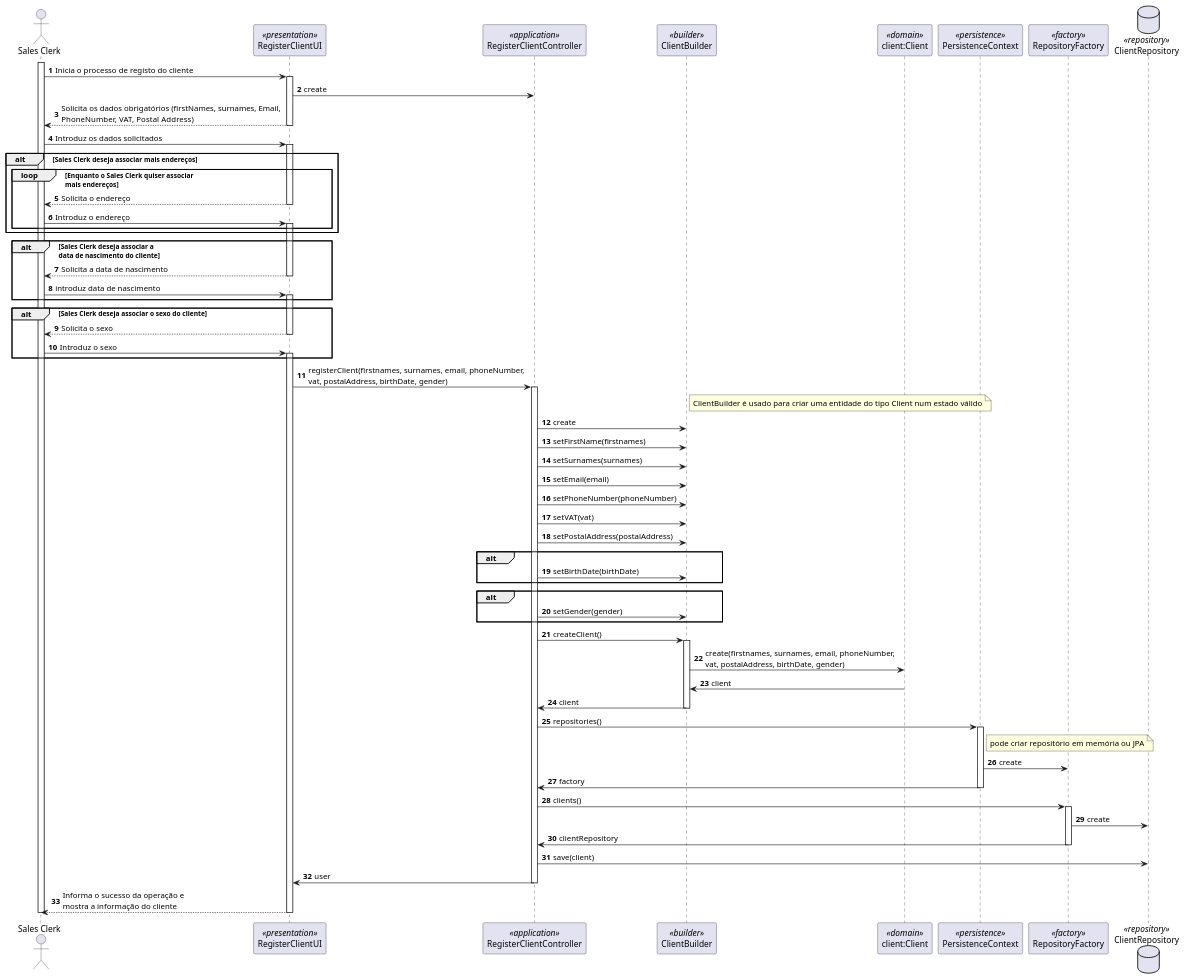
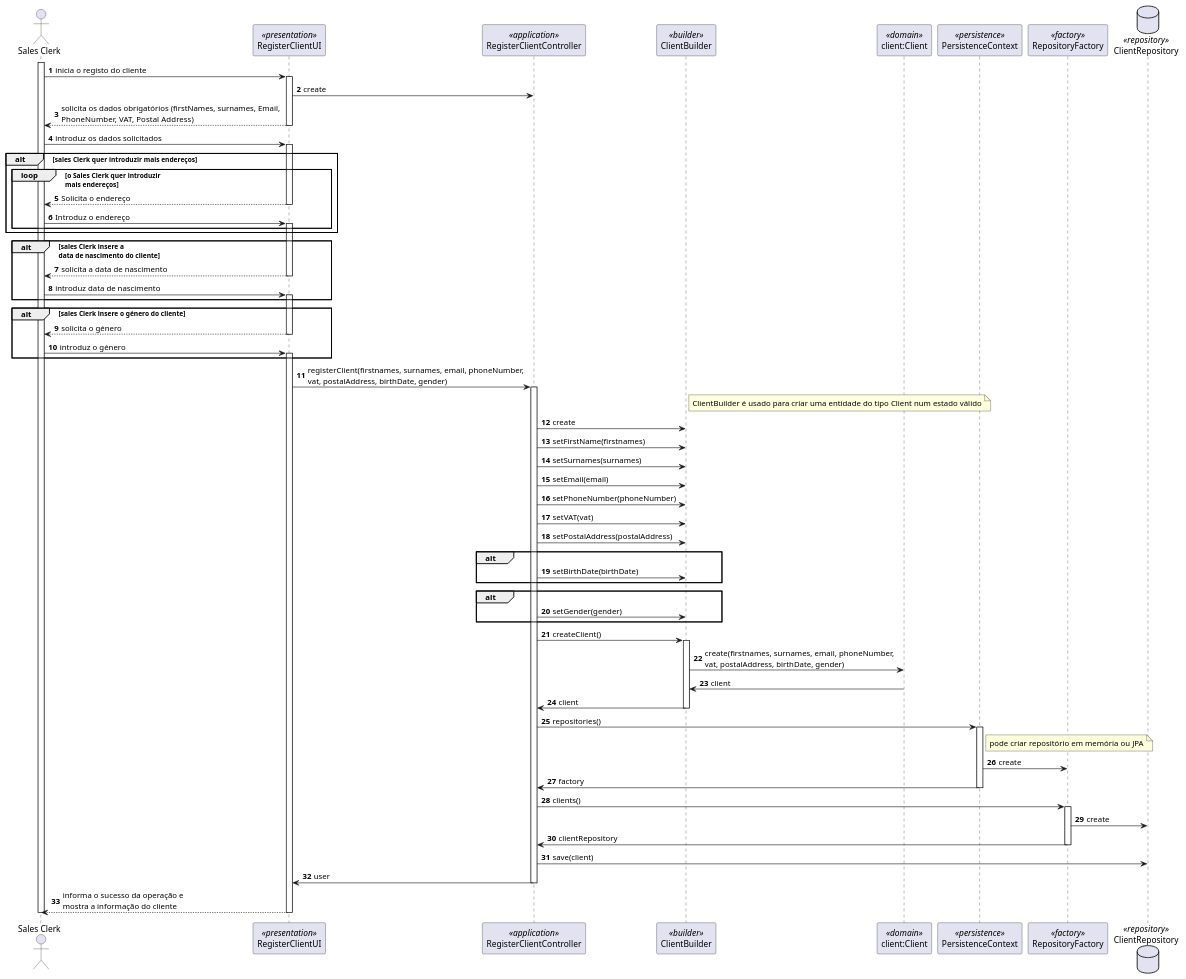
Before and after one commit to ana-albergaria/LAPR4-ISEP: the diagram in docs/1201518/US1003/SD_RegisterClient.puml, drawn with PlantUML. The commit also changed 7 other files, not shown here.

Commit message:
issue #4 - updating diagrams

```diff
--- a/docs/1201518/US1003/SD_RegisterClient.puml
+++ b/docs/1201518/US1003/SD_RegisterClient.puml
@@ -1,89 +1,89 @@
 @startuml
 
 autonumber
 actor "Sales Clerk" as SC
 participant RegisterClientUI as UI <<presentation>>
 participant RegisterClientController as Controller <<application>>
 participant ClientBuilder as Builder <<builder>>
 participant "client:Client" as Domain <<domain>>
 participant PersistenceContext as Persistence <<persistence>>
 participant RepositoryFactory as Factory <<factory>>
 database ClientRepository as Repository <<repository>>
 
 activate SC
-SC -> UI : Inicia o processo de registo do cliente
+SC -> UI : inicia o registo do cliente
 activate UI
 UI -> Controller: create
-UI --> SC : Solicita os dados obrigatórios (firstNames, surnames, Email, \nPhoneNumber, VAT, Postal Address)
+UI --> SC : solicita os dados obrigatórios (firstNames, surnames, Email, \nPhoneNumber, VAT, Postal Address)
 deactivate UI
-SC -> UI : Introduz os dados solicitados
+SC -> UI : introduz os dados solicitados
 activate UI
 
 
 
-alt Sales Clerk deseja associar mais endereços
-loop Enquanto o Sales Clerk quiser associar \nmais endereços
+alt sales Clerk quer introduzir mais endereços
+loop o Sales Clerk quer introduzir \nmais endereços
 UI --> SC : Solicita o endereço
 deactivate UI
 
 
 SC -> UI : Introduz o endereço
 activate UI
 end
 end
-alt Sales Clerk deseja associar a \ndata de nascimento do cliente
+alt sales Clerk insere a \ndata de nascimento do cliente
 activate UI
-UI --> SC : Solicita a data de nascimento
+UI --> SC : solicita a data de nascimento
 deactivate UI
 SC -> UI : introduz data de nascimento
 activate UI
 end
-alt Sales Clerk deseja associar o sexo do cliente
-UI --> SC : Solicita o sexo
+alt sales Clerk insere o género do cliente
+UI --> SC : solicita o género
 deactivate UI
-SC -> UI : Introduz o sexo
+SC -> UI : introduz o género
 activate UI
 end
 UI -> Controller: registerClient(firstnames, surnames, email, phoneNumber,\nvat, postalAddress, birthDate, gender)
 activate Controller
 note right of Builder:ClientBuilder é usado para criar uma entidade do tipo Client num estado válido
 Controller -> Builder: create
 Controller -> Builder:setFirstName(firstnames)
 Controller -> Builder:setSurnames(surnames)
 Controller -> Builder:setEmail(email)
 Controller -> Builder:setPhoneNumber(phoneNumber)
 Controller -> Builder:setVAT(vat)
 Controller -> Builder:setPostalAddress(postalAddress)
 alt
     Controller -> Builder:setBirthDate(birthDate)
 end
 alt
     Controller -> Builder:setGender(gender)
 end
 Controller -> Builder:createClient()
 activate Builder
 Builder -> Domain: create(firstnames, surnames, email, phoneNumber,\nvat, postalAddress, birthDate, gender)
 Domain->Builder: client
 Builder -> Controller:client
 deactivate Builder
 Controller -> Persistence: repositories()
 activate Persistence
 note right of Persistence: pode criar repositório em memória ou JPA
 Persistence -> Factory: create
 Persistence -> Controller: factory
 deactivate Persistence
 Controller -> Factory: clients()
 activate Factory
 Factory -> Repository: create
 Factory -> Controller: clientRepository
 deactivate Factory
 Controller->Repository:save(client)
 Controller->UI: user
 deactivate Controller
-UI --> SC : Informa o sucesso da operação e \nmostra a informação do cliente
+UI --> SC : informa o sucesso da operação e \nmostra a informação do cliente
 deactivate UI
 deactivate SC
 
 
 
 @enduml
```
